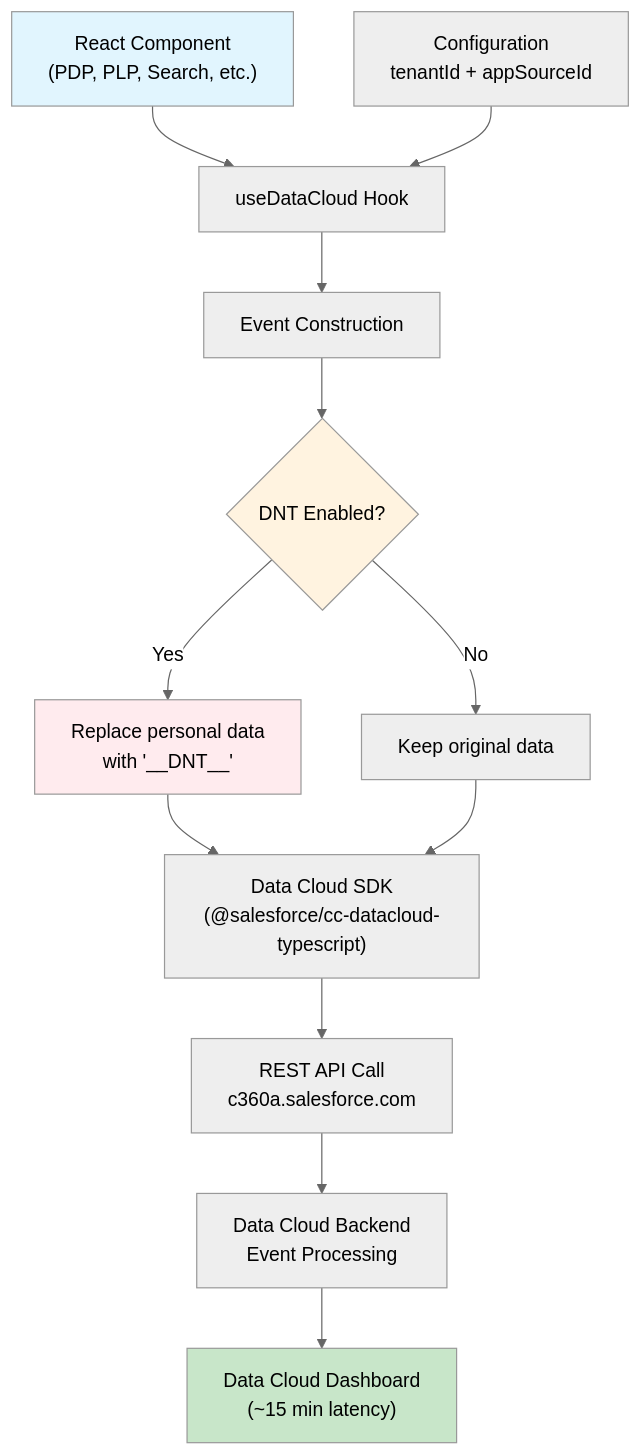
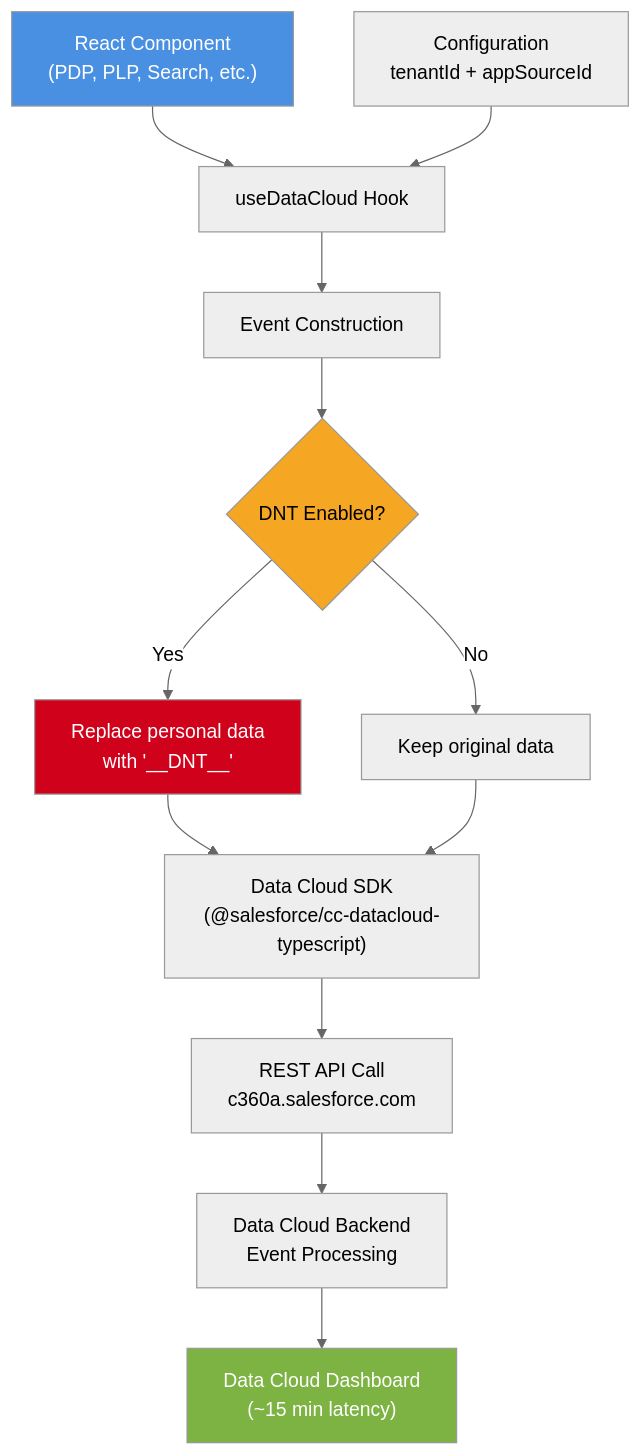
One commit to SalesforceCommerceCloud/pwa-kit changed the first of 2 diagrams in support-docs/analytics.md. Above: the diagram before and after it, drawn with Mermaid (neutral theme). The commit also changed other lines of this file, not shown here.

````diff
--- a/support-docs/analytics.md
+++ b/support-docs/analytics.md
@@ -112,20 +110,20 @@
 ```mermaid
 graph TD
     A["React Component<br/>(PDP, PLP, Search, etc.)"] --> B["useDataCloud Hook"]
     B --> C["Event Construction"]
     C --> D{"DNT Enabled?"}
     D -->|Yes| E["Replace personal data<br/>with '__DNT__'"]
     D -->|No| F["Keep original data"]
     E --> G["Data Cloud SDK<br/>(@salesforce/cc-datacloud-typescript)"]
     F --> G
     G --> H["REST API Call<br/>c360a.salesforce.com"]
     H --> I["Data Cloud Backend<br/>Event Processing"]
     I --> J["Data Cloud Dashboard<br/>(~15 min latency)"]
     
     K["Configuration<br/>tenantId + appSourceId"] --> B
     
-    style A fill:#e1f5fe
-    style J fill:#c8e6c9
-    style D fill:#fff3e0
-    style E fill:#ffebee
+    style A fill:#4a90e2,color:#ffffff
+    style J fill:#7cb342,color:#ffffff
+    style D fill:#f5a623,color:#000000
+    style E fill:#d0021b,color:#ffffff
 ```
````
